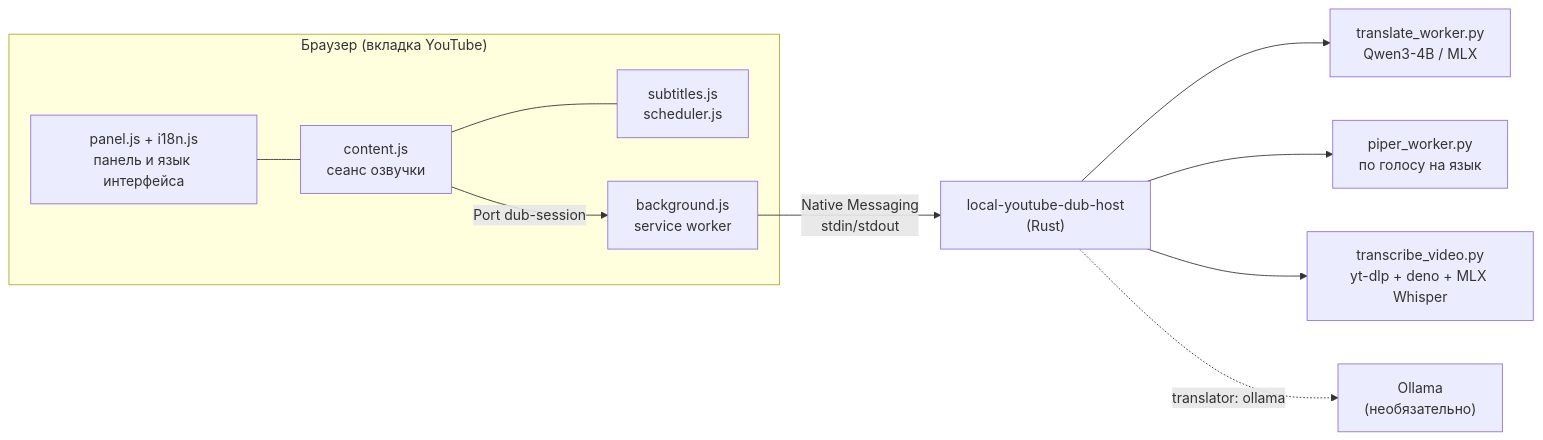
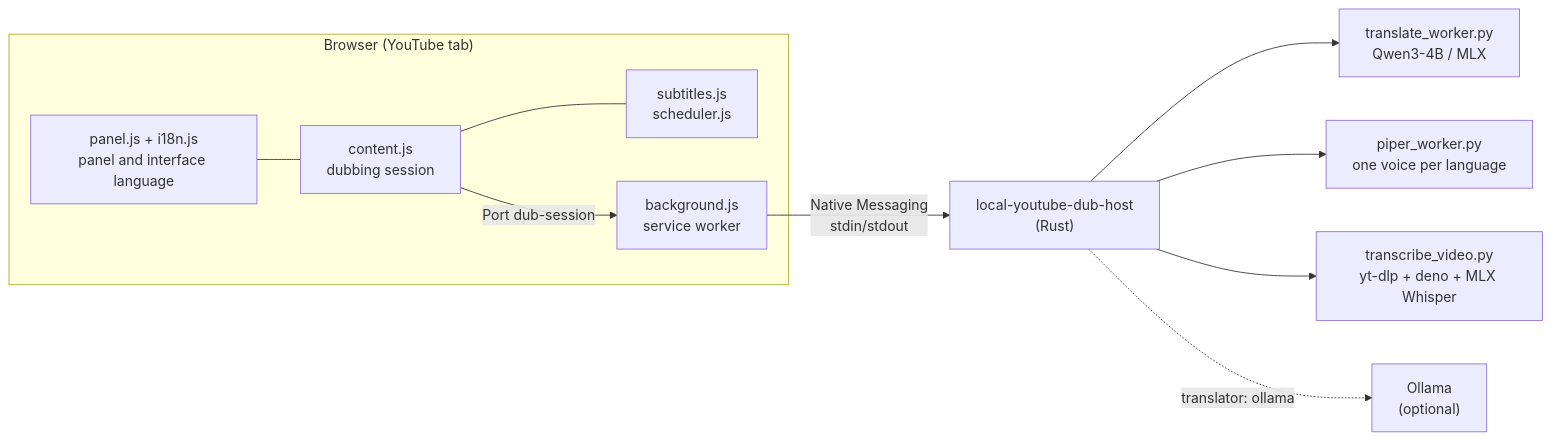
The first of 3 diagrams in docs/ARCHITECTURE.md (secretpray/local-youtube-dub), drawn with Mermaid before and after one commit. The commit also changed other lines of this file and 16 other files, not shown here.

````diff
--- a/docs/ARCHITECTURE.md
+++ b/docs/ARCHITECTURE.md
@@ -7,13 +7,13 @@
 ```mermaid
 flowchart LR
-  subgraph Browser["Браузер (вкладка YouTube)"]
-    Panel["panel.js + i18n.js<br/>панель и язык интерфейса"] --- Content["content.js<br/>сеанс озвучки"]
+  subgraph Browser["Browser (YouTube tab)"]
+    Panel["panel.js + i18n.js<br/>panel and interface language"] --- Content["content.js<br/>dubbing session"]
     Content --- Subs["subtitles.js<br/>scheduler.js"]
     Content -- "Port dub-session" --> BG["background.js<br/>service worker"]
   end
   BG -- "Native Messaging<br/>stdin/stdout" --> Host["local-youtube-dub-host<br/>(Rust)"]
   Host --> TW["translate_worker.py<br/>Qwen3-4B / MLX"]
-  Host --> VW["piper_worker.py<br/>по голосу на язык"]
+  Host --> VW["piper_worker.py<br/>one voice per language"]
   Host --> ASR["transcribe_video.py<br/>yt-dlp + deno + MLX Whisper"]
-  Host -. "translator: ollama" .-> Ollama["Ollama<br/>(необязательно)"]
+  Host -. "translator: ollama" .-> Ollama["Ollama<br/>(optional)"]
 ```
````
